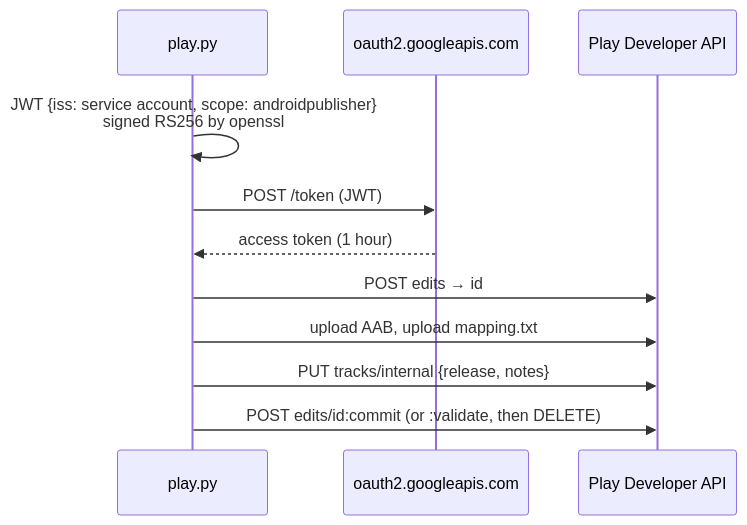
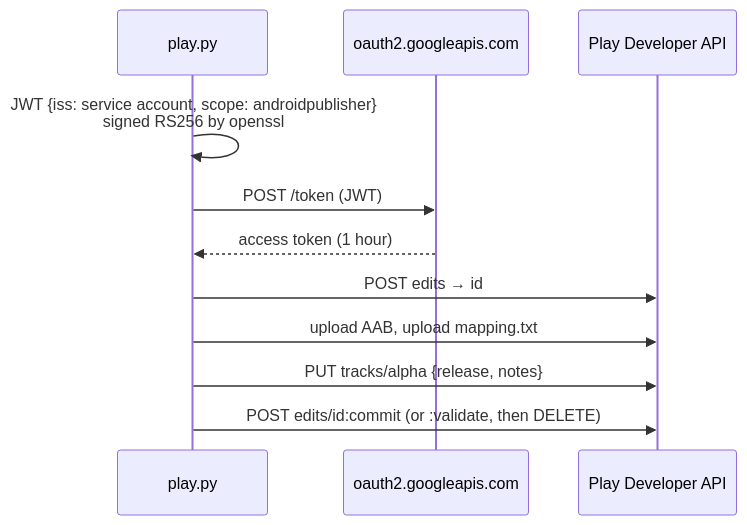
The third of 3 diagrams in docs/13-ci-release.md (chankruze/morsekit), drawn with Mermaid before and after one commit. The commit also changed other lines of this file and 2 other files, not shown here.

````diff
--- a/docs/13-ci-release.md
+++ b/docs/13-ci-release.md
@@ -120,13 +129,13 @@
 ```mermaid
 sequenceDiagram
     participant S as play.py
     participant G as oauth2.googleapis.com
     participant P as Play Developer API
     S->>S: JWT {iss: service account, scope: androidpublisher}<br/>signed RS256 by openssl
     S->>G: POST /token (JWT)
     G-->>S: access token (1 hour)
     S->>P: POST edits → id
     S->>P: upload AAB, upload mapping.txt
-    S->>P: PUT tracks/internal {release, notes}
+    S->>P: PUT tracks/alpha {release, notes}
     S->>P: POST edits/id:commit (or :validate, then DELETE)
 ```
````
